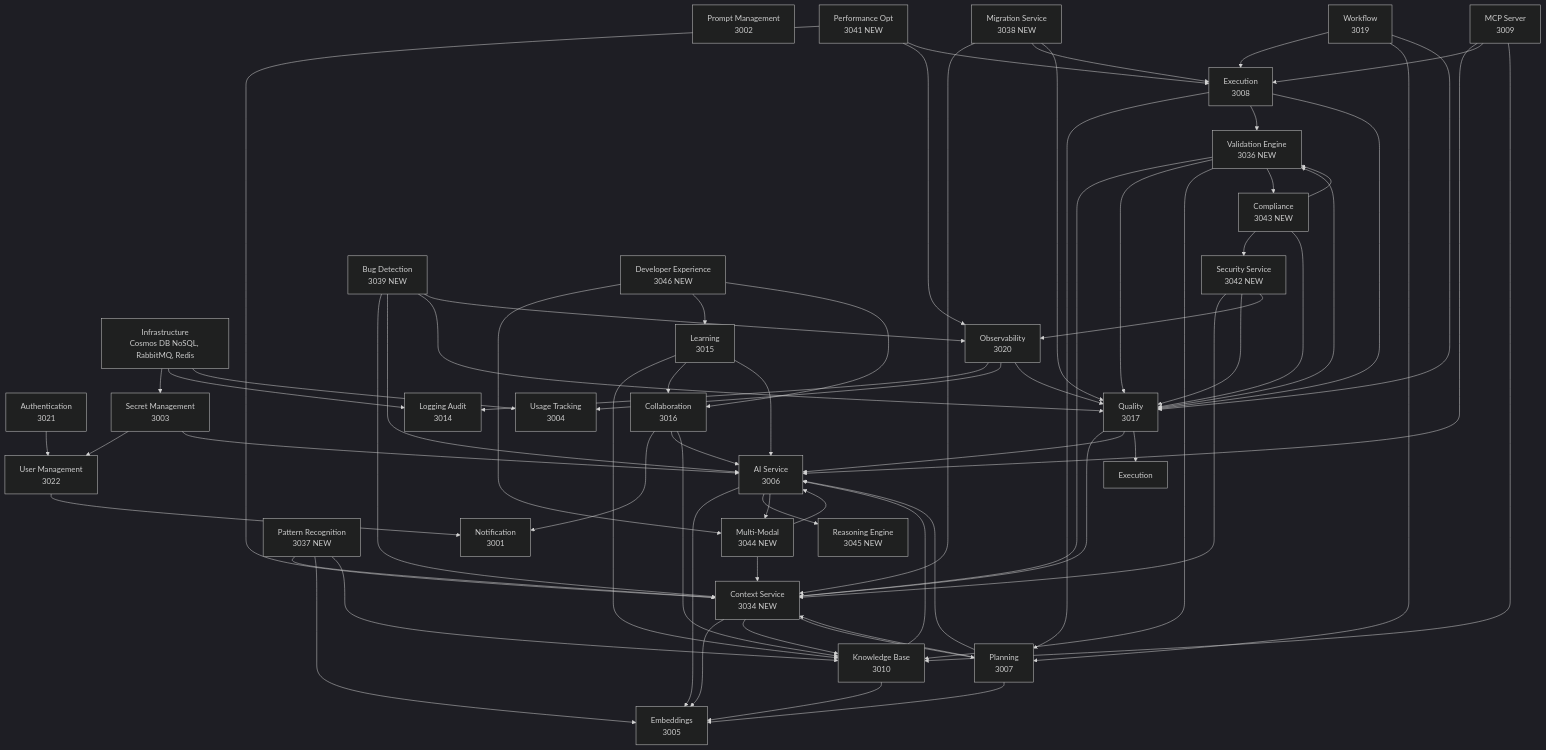
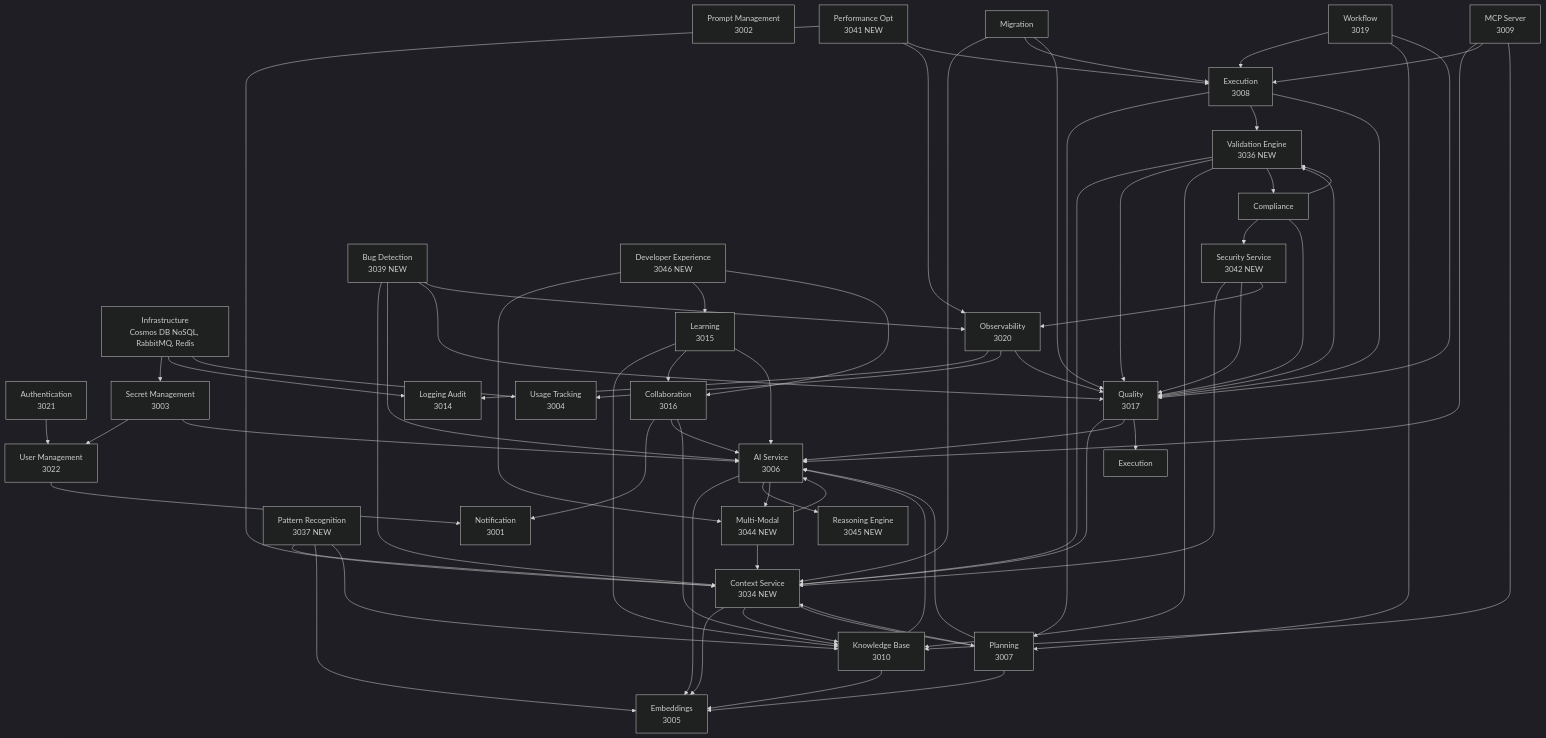
One commit to Edgame2/castiel2 changed the diagram in documentation/global/ModuleOverview.md. Above: the diagram before and after it, drawn with Mermaid (dark theme). The commit also changed other lines of this file and 992 other files, not shown here.

```diff
--- a/documentation/global/ModuleOverview.md
+++ b/documentation/global/ModuleOverview.md
@@ -1356,10 +1279,8 @@
     %% Quality & Security
     Quality[Quality<br/>3017]
     Security[Security Service<br/>3042 NEW]
-    Compliance[Compliance<br/>3043 NEW]
     
     %% Code Services
-    Migration[Migration Service<br/>3038 NEW]
     BugDetect[Bug Detection<br/>3039 NEW]
     PerfOpt[Performance Opt<br/>3041 NEW]
     
```
